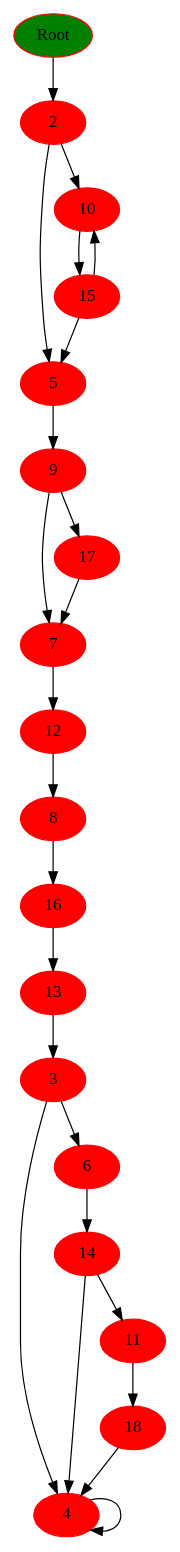
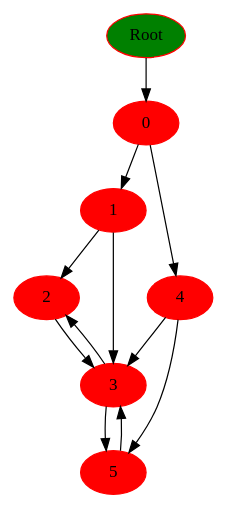
The diagram in bin/Graph.dot (Zararest/Dominators), drawn with Graphviz before and after one commit. The commit also changed 15 other files, not shown here.

```diff
--- a/bin/Graph.dot
+++ b/bin/Graph.dot
@@ -1,44 +1,21 @@
 digraph Dump {
 node[color=red,fontsize=14, style=filled]
-"0x563540c83880" [label = "Root" fillcolor=green]
-"0x563540c83880" -> "0x563540c83940"
-"0x563540c83940" [label = "2" ]
-"0x563540c83940" -> "0x563540c83c90"
-"0x563540c83940" -> "0x563540c841f0"
-"0x563540c83a60" [label = "3" ]
-"0x563540c83a60" -> "0x563540c83b80"
-"0x563540c83a60" -> "0x563540c83db0"
-"0x563540c83b80" [label = "4" ]
-"0x563540c83b80" -> "0x563540c83b80"
-"0x563540c83c90" [label = "5" ]
-"0x563540c83c90" -> "0x563540c840f0"
-"0x563540c83db0" [label = "6" ]
-"0x563540c83db0" -> "0x563540c84650"
-"0x563540c83f10" [label = "7" ]
-"0x563540c83f10" -> "0x563540c84430"
-"0x563540c83ff0" [label = "8" ]
-"0x563540c83ff0" -> "0x563540c84830"
-"0x563540c840f0" [label = "9" ]
-"0x563540c840f0" -> "0x563540c83f10"
-"0x563540c840f0" -> "0x563540c84930"
-"0x563540c841f0" [label = "10" ]
-"0x563540c841f0" -> "0x563540c84730"
-"0x563540c843a0" [label = "11" ]
-"0x563540c843a0" -> "0x563540c84a50"
-"0x563540c84430" [label = "12" ]
-"0x563540c84430" -> "0x563540c83ff0"
-"0x563540c84530" [label = "13" ]
-"0x563540c84530" -> "0x563540c83a60"
-"0x563540c84650" [label = "14" ]
-"0x563540c84650" -> "0x563540c83b80"
-"0x563540c84650" -> "0x563540c843a0"
-"0x563540c84730" [label = "15" ]
-"0x563540c84730" -> "0x563540c83c90"
-"0x563540c84730" -> "0x563540c841f0"
-"0x563540c84830" [label = "16" ]
-"0x563540c84830" -> "0x563540c84530"
-"0x563540c84930" [label = "17" ]
-"0x563540c84930" -> "0x563540c83f10"
-"0x563540c84a50" [label = "18" ]
-"0x563540c84a50" -> "0x563540c83b80"
+"0x56294123eda0" [label = "Root" fillcolor=green]
+"0x56294123eda0" -> "0x56294123ef10"
+"0x56294123ef10" [label = "0" ]
+"0x56294123ef10" -> "0x56294123f050"
+"0x56294123ef10" -> "0x56294123f190"
+"0x56294123f050" [label = "1" ]
+"0x56294123f050" -> "0x56294123f290"
+"0x56294123f050" -> "0x56294123f3d0"
+"0x56294123f190" [label = "4" ]
+"0x56294123f190" -> "0x56294123f3d0"
+"0x56294123f190" -> "0x56294123f580"
+"0x56294123f290" [label = "2" ]
+"0x56294123f290" -> "0x56294123f3d0"
+"0x56294123f3d0" [label = "3" ]
+"0x56294123f3d0" -> "0x56294123f290"
+"0x56294123f3d0" -> "0x56294123f580"
+"0x56294123f580" [label = "5" ]
+"0x56294123f580" -> "0x56294123f3d0"
 }
```
